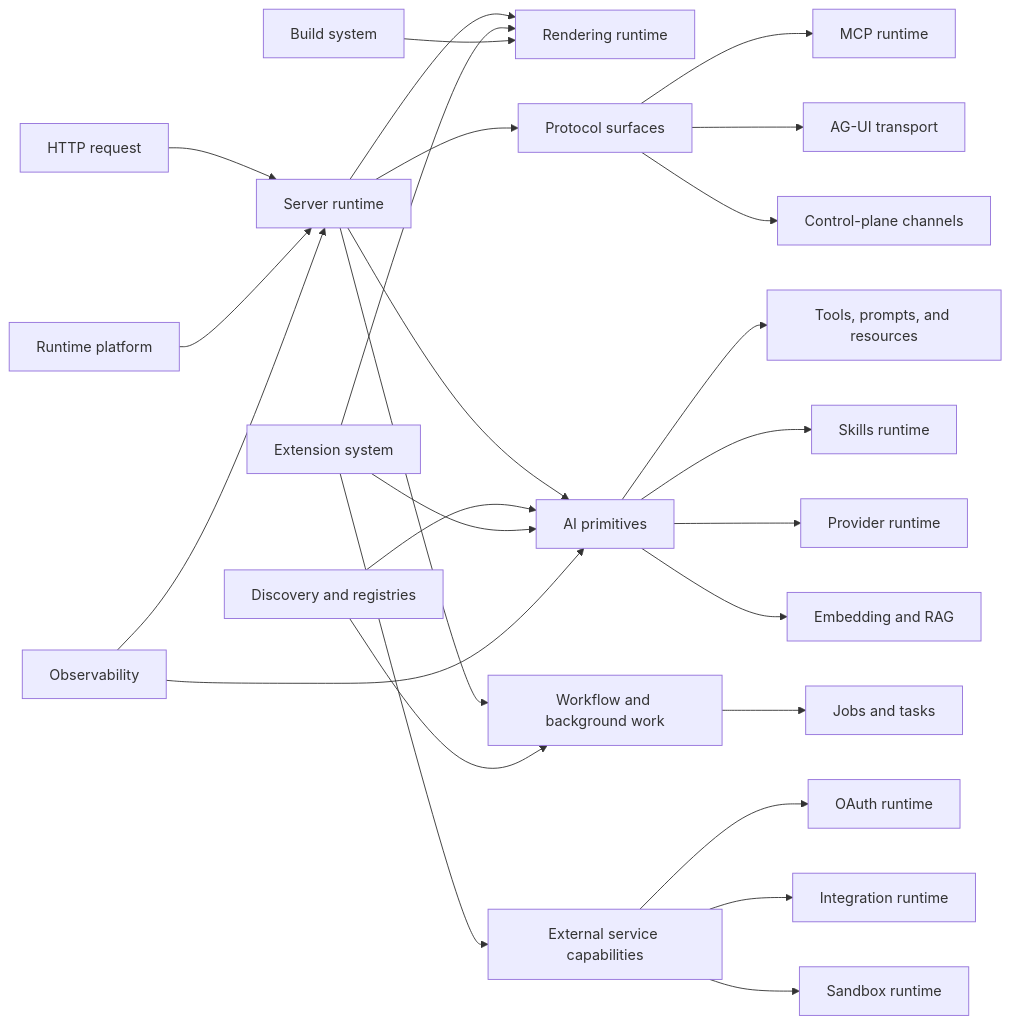
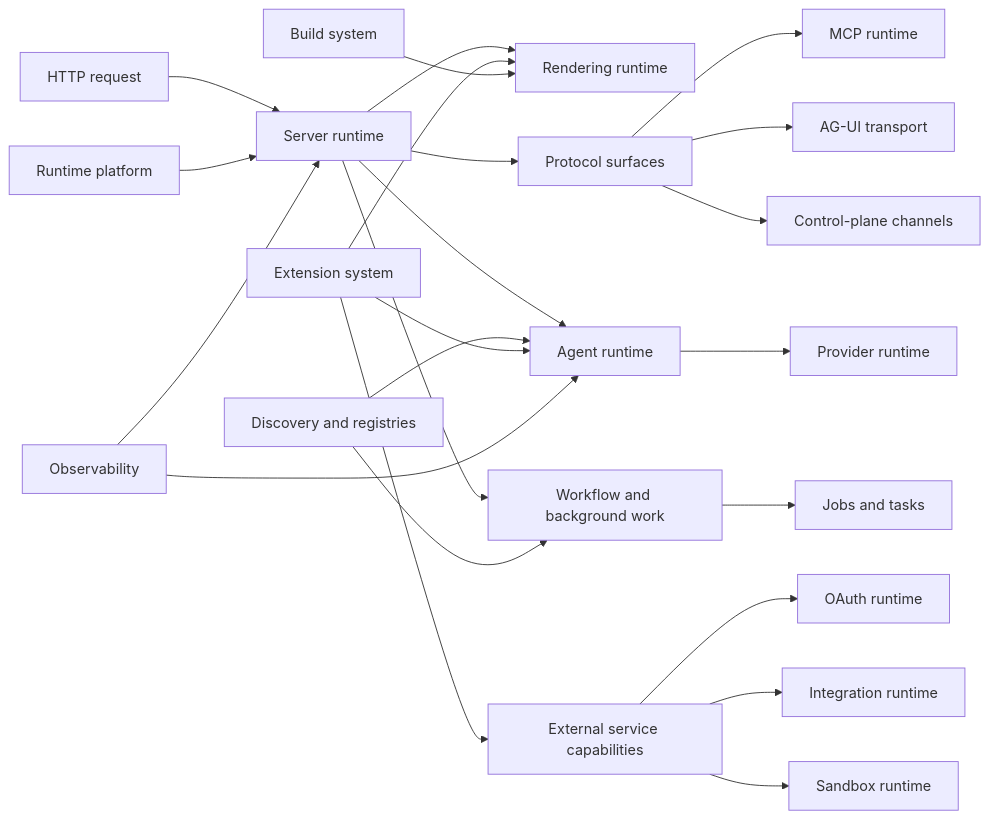
One commit to veryfront/veryfront-code changed the diagram in docs/architecture/01-system-overview.md. Above: the diagram before and after it, drawn with Mermaid. The commit also changed other lines of this file and 27 other files, not shown here.

First line of the commit message:
Clean up docs/architecture for runtime boundaries

````diff
--- a/docs/architecture/01-system-overview.md
+++ b/docs/architecture/01-system-overview.md
@@ -13,30 +13,27 @@
 ```mermaid
 flowchart LR
   request[HTTP request] --> server[Server runtime]
   server --> rendering[Rendering runtime]
   server --> protocols[Protocol surfaces]
-  server --> ai[AI primitives]
+  server --> ai[Agent runtime]
   server --> workflow[Workflow and background work]
 
-  ai --> primitives[Tools, prompts, and resources]
-  ai --> skills[Skills runtime]
   ai --> provider[Provider runtime]
-  ai --> rag[Embedding and RAG]
   workflow --> jobs[Jobs and tasks]
   external[External service capabilities] --> oauth[OAuth runtime]
   external --> integration[Integration runtime]
   external --> sandbox[Sandbox runtime]
   protocols --> mcp[MCP runtime]
   protocols --> agui[AG-UI transport]
   protocols --> channels[Control-plane channels]
 
   discovery[Discovery and registries] --> ai
   discovery --> workflow
   extensions[Extension system] --> ai
   extensions --> rendering
   extensions --> external
   platform[Runtime platform] --> server
   build[Build system] --> rendering
   observability[Observability] --> server
   observability --> ai
 ```
````
